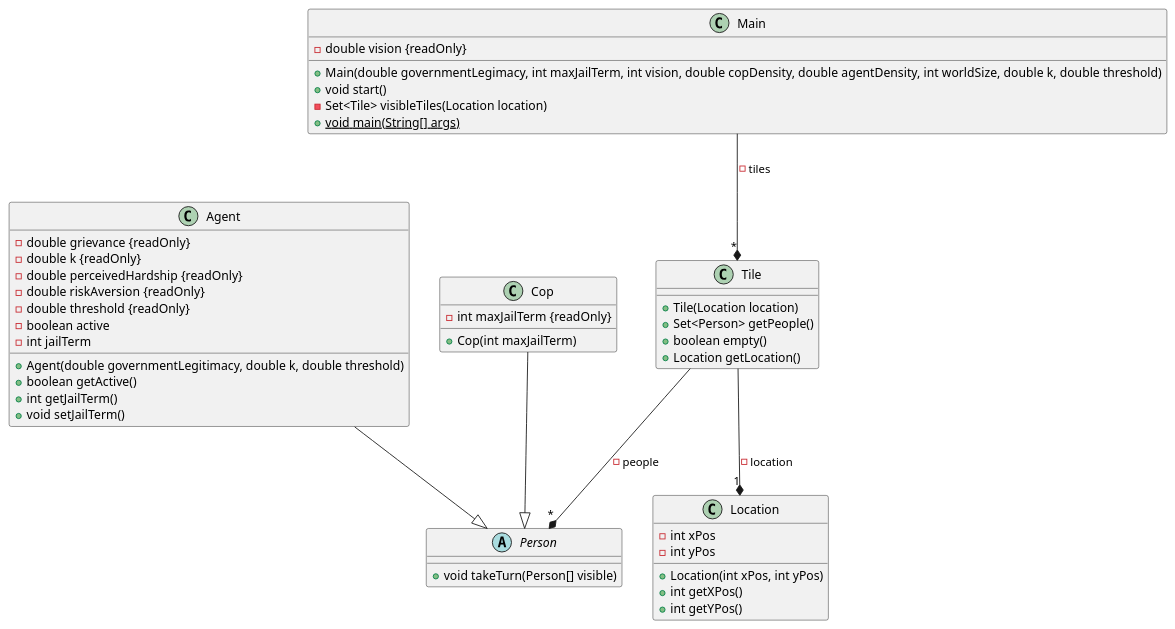
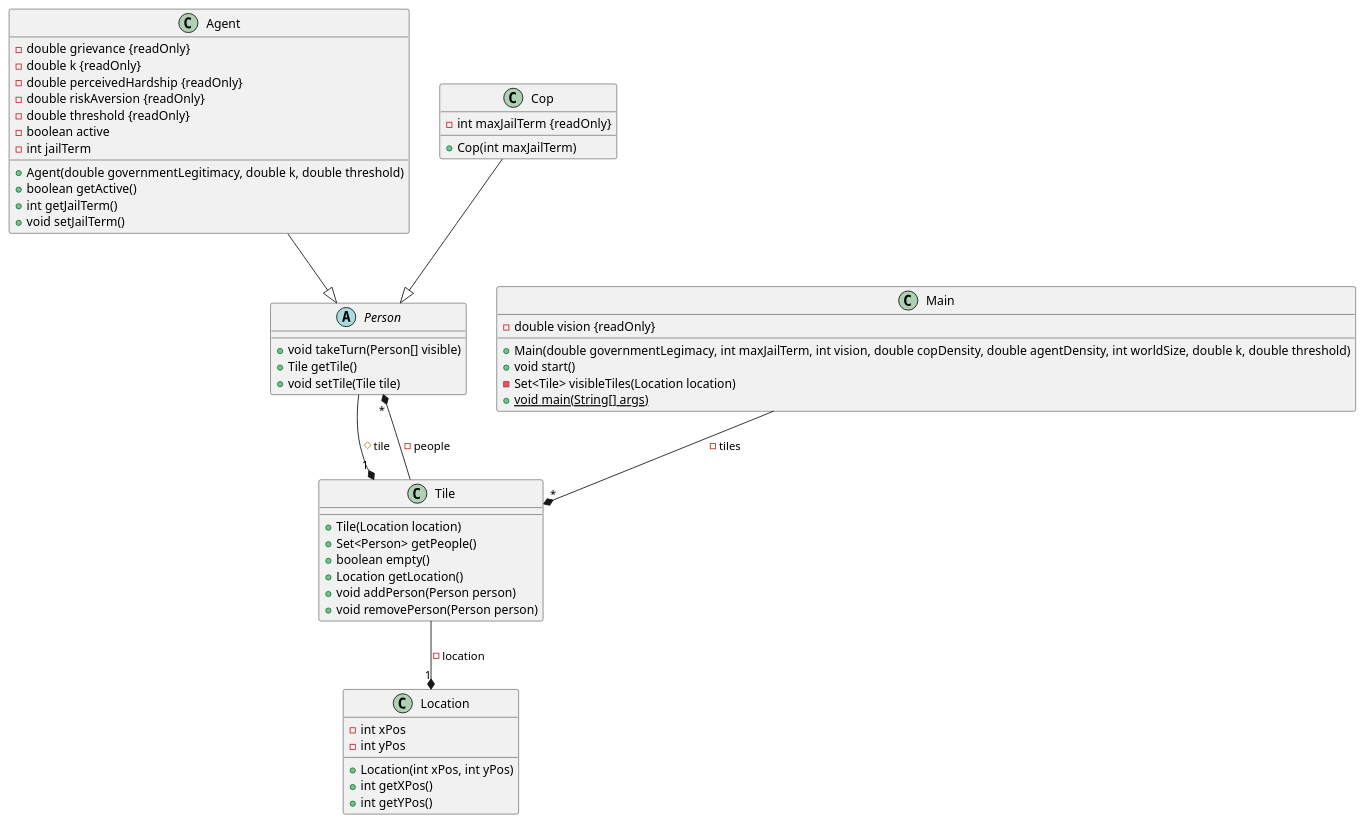
The diagram in docs/classes.puml (jofrancis1997/rebellion), drawn with PlantUML before and after one commit. The commit also changed 5 other files, not shown here.

```diff
--- a/docs/classes.puml
+++ b/docs/classes.puml
@@ -1,56 +1,61 @@
 @startuml Rebellion
 
 class Agent {
     - double grievance {readOnly}
     - double k {readOnly}
     - double perceivedHardship {readOnly}
     - double riskAversion {readOnly}
     - double threshold {readOnly}
     - boolean active
     - int jailTerm
     + Agent(double governmentLegitimacy, double k, double threshold)
     + boolean getActive()
     + int getJailTerm()
     + void setJailTerm()
 }
 
 class Cop {
     - int maxJailTerm {readOnly}
     + Cop(int maxJailTerm)
 }
 
 class Location {
     - int xPos
     - int yPos
     + Location(int xPos, int yPos)
     + int getXPos()
     + int getYPos()
 }
 
 class Main {
     - double vision {readOnly}
     + Main(double governmentLegimacy, int maxJailTerm, int vision, double copDensity, double agentDensity, int worldSize, double k, double threshold)
     + void start()
     - Set<Tile> visibleTiles(Location location)
     + void main(String[] args) {static}
 }
 
 abstract class Person {
     + void takeTurn(Person[] visible)
+    + Tile getTile()
+    + void setTile(Tile tile)
 }
 
 class Tile {
     + Tile(Location location)
     + Set<Person> getPeople()
     + boolean empty()
     + Location getLocation()
+    + void addPerson(Person person)
+    + void removePerson(Person person)
 }
 
 
 Main --* "*" Tile : - tiles
 Agent --|> Person
 Cop --|> Person
 Tile --* "*" Person : - people
+Person --* "1" Tile : # tile
 Tile --* "1" Location : - location
 
 @enduml
```
